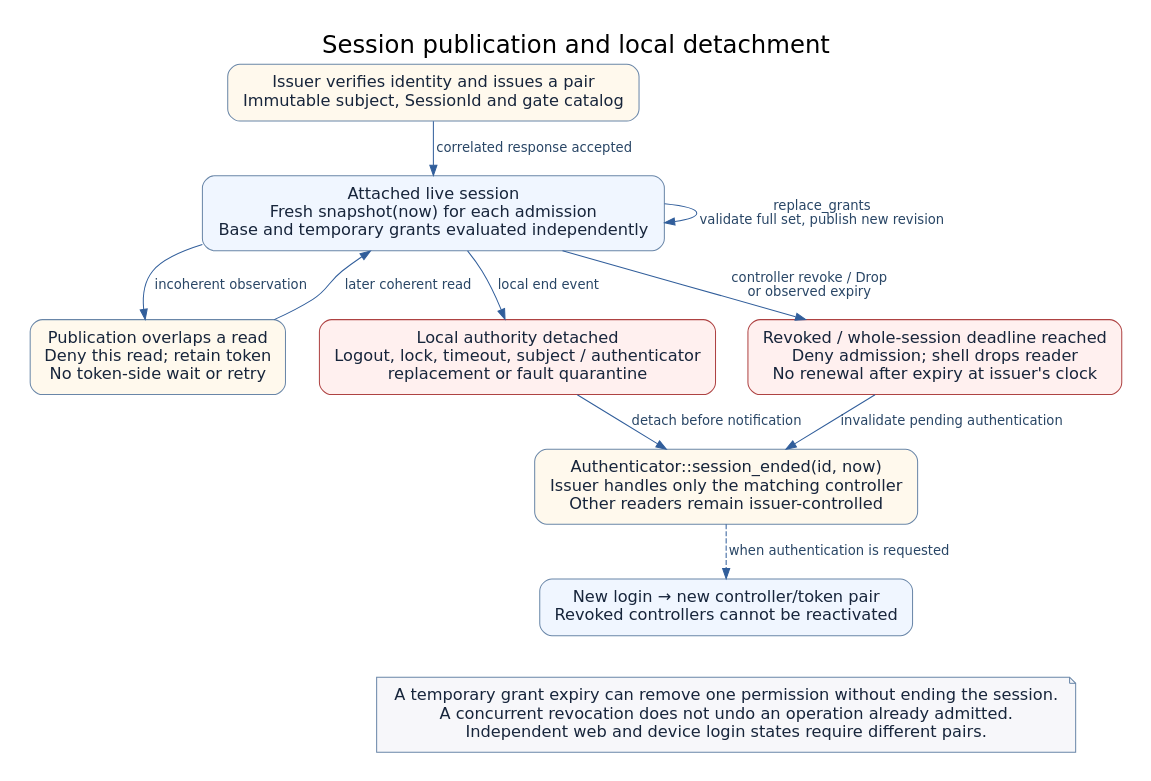
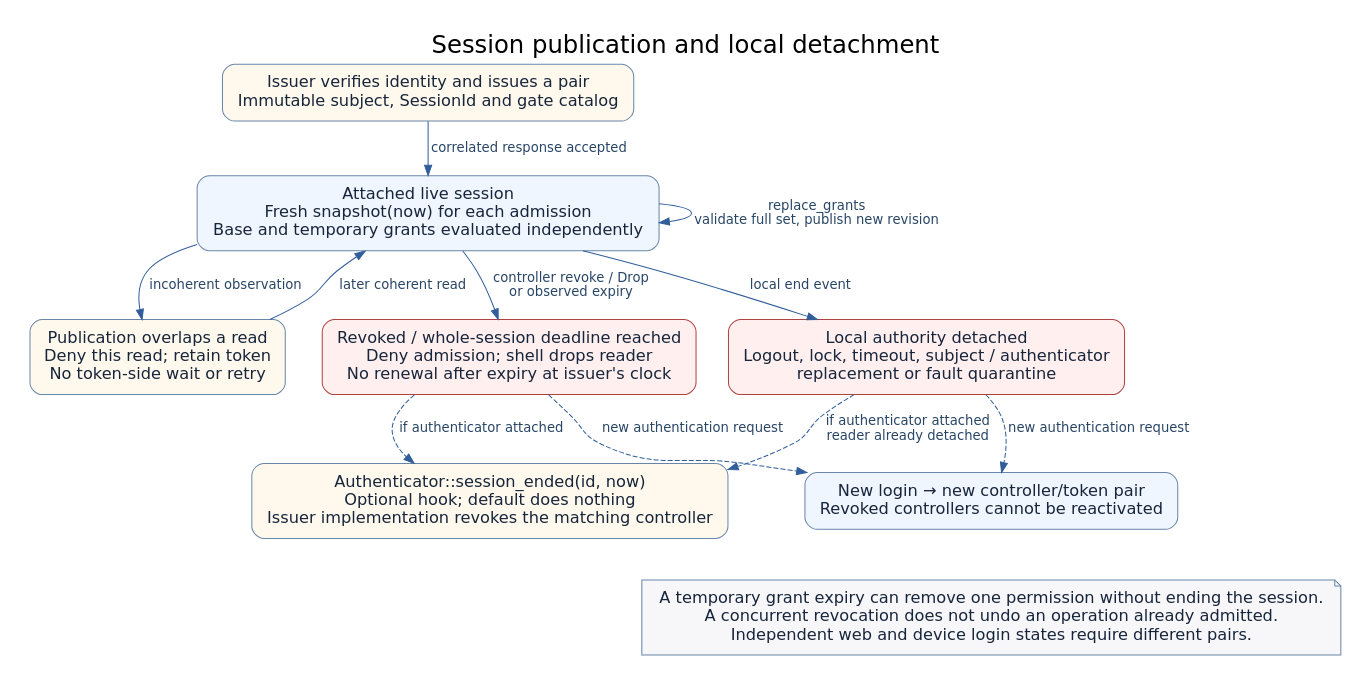
The diagram in docs/diagrams/session-lifecycle.dot (shim9610/fairing), drawn with Graphviz before and after one commit. The commit also changed 14 other files, not shown here.

```diff
--- a/docs/diagrams/session-lifecycle.dot
+++ b/docs/diagrams/session-lifecycle.dot
@@ -1,24 +1,25 @@
 digraph session_lifecycle {
   graph [rankdir=TB, bgcolor="white", pad=0.3, nodesep=0.45, ranksep=0.55,
     fontname="DejaVu Sans", fontsize=24, label="Session publication and local detachment", labelloc=t];
   node [shape=box, style="rounded,filled", fillcolor="#f0f6ff", color="#6986a8", fontcolor="#17253b", fontname="DejaVu Sans", fontsize=16, margin="0.18,0.14"];
   edge [color="#315e9b", fontcolor="#294666", fontname="DejaVu Sans", fontsize=13];
   issue [label="Issuer verifies identity and issues a pair\nImmutable subject, SessionId and gate catalog", fillcolor="#fff9ed"];
   live [label="Attached live session\nFresh snapshot(now) for each admission\nBase and temporary grants evaluated independently"];
   busy [label="Publication overlaps a read\nDeny this read; retain token\nNo token-side wait or retry", fillcolor="#fff9ed"];
   local [label="Local authority detached\nLogout, lock, timeout, subject / authenticator\nreplacement or fault quarantine", fillcolor="#fff0ef", color="#ae4242"];
   ended [label="Revoked / whole-session deadline reached\nDeny admission; shell drops reader\nNo renewal after expiry at issuer's clock", fillcolor="#fff0ef", color="#ae4242"];
-  notify [label="Authenticator::session_ended(id, now)\nIssuer handles only the matching controller\nOther readers remain issuer-controlled", fillcolor="#fff9ed"];
+  notify [label="Authenticator::session_ended(id, now)\nOptional hook; default does nothing\nIssuer implementation revokes the matching controller", fillcolor="#fff9ed"];
   fresh [label="New login → new controller/token pair\nRevoked controllers cannot be reactivated"];
   issue -> live [label="correlated response accepted"];
   live -> live [label="replace_grants\nvalidate full set, publish new revision"];
   live -> busy [label="incoherent observation"];
   busy -> live [label="later coherent read"];
   live -> local [label="local end event"];
   live -> ended [label="controller revoke / Drop\nor observed expiry"];
-  local -> notify [label="detach before notification"];
-  ended -> notify [label="invalidate pending authentication"];
-  notify -> fresh [style=dashed, label="when authentication is requested"];
+  local -> notify [style=dashed, label="if authenticator attached\nreader already detached"];
+  ended -> notify [style=dashed, label="if authenticator attached"];
+  local -> fresh [style=dashed, label="new authentication request"];
+  ended -> fresh [style=dashed, label="new authentication request"];
   note [shape=note, fillcolor="#f7f7fa", label="A temporary grant expiry can remove one permission without ending the session.\nA concurrent revocation does not undo an operation already admitted.\nIndependent web and device login states require different pairs."];
   fresh -> note [style=invis];
 }
```
